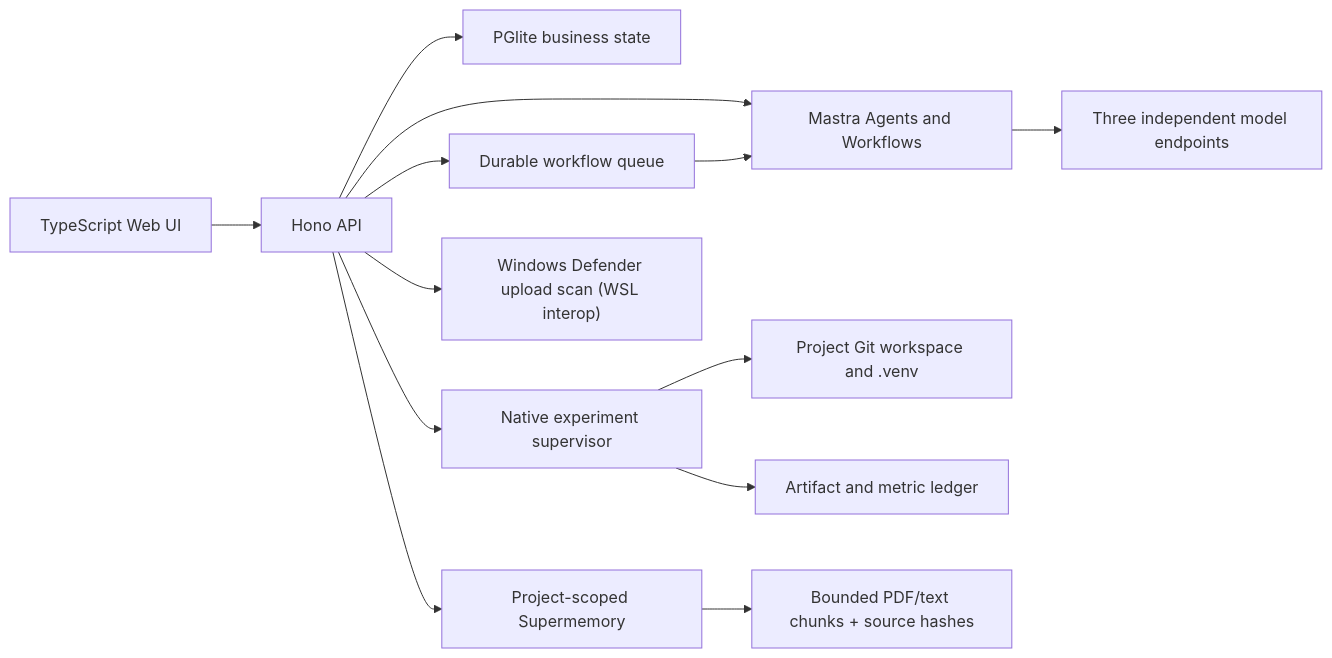
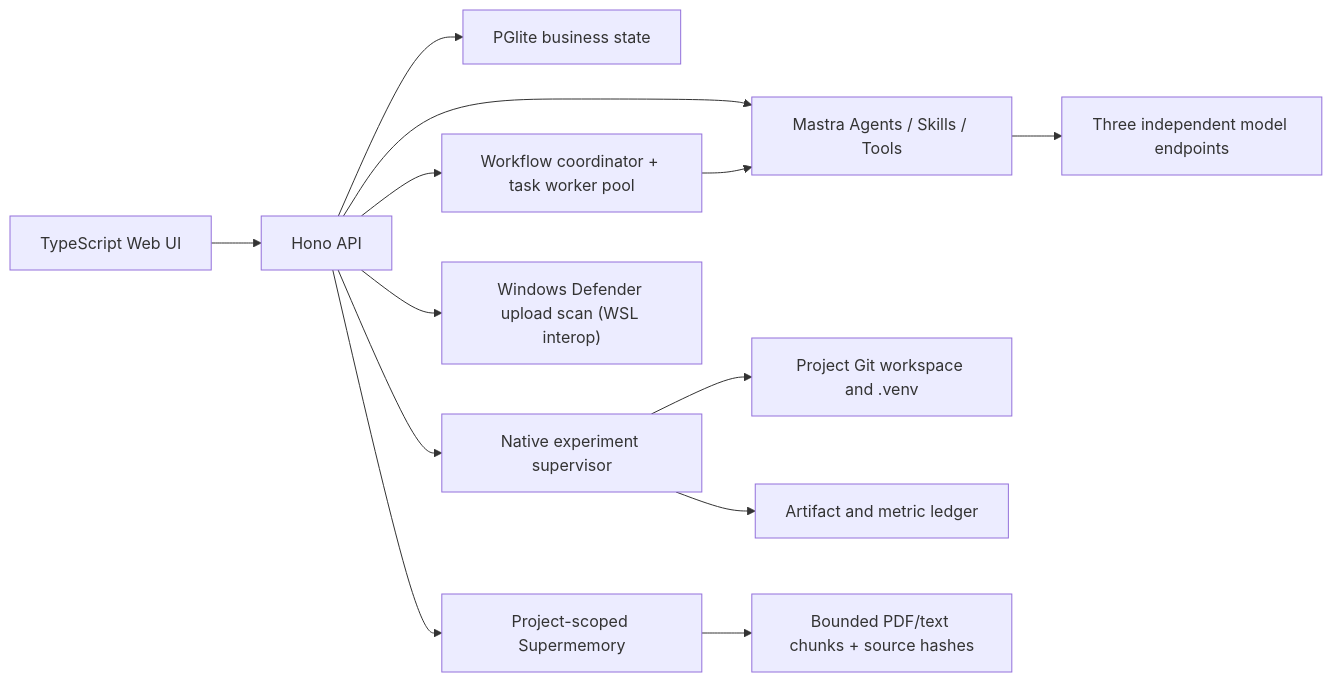
Before and after one commit to Karbo123/ResearchOS: the diagram in docs/architecture.md, drawn with Mermaid. The commit also changed other lines of this file and 30 other files, not shown here.

````diff
--- a/docs/architecture.md
+++ b/docs/architecture.md
@@ -5,15 +5,15 @@
 ```mermaid
 flowchart LR
   Browser["TypeScript Web UI"] --> API["Hono API"]
   API --> State["PGlite business state"]
-  API --> Mastra["Mastra Agents and Workflows"]
+  API --> Mastra["Mastra Agents / Skills / Tools"]
   Mastra --> Models["Three independent model endpoints"]
-  API --> Queue["Durable workflow queue"]
+  API --> Queue["Workflow coordinator + task worker pool"]
   Queue --> Mastra
   API --> Runner["Native experiment supervisor"]
   Runner --> Project["Project Git workspace and .venv"]
   Runner --> Artifacts["Artifact and metric ledger"]
   API --> Defender["Windows Defender upload scan (WSL interop)"]
   API --> Memory["Project-scoped Supermemory"]
   Memory --> Chunks["Bounded PDF/text chunks + source hashes"]
 ```
````
